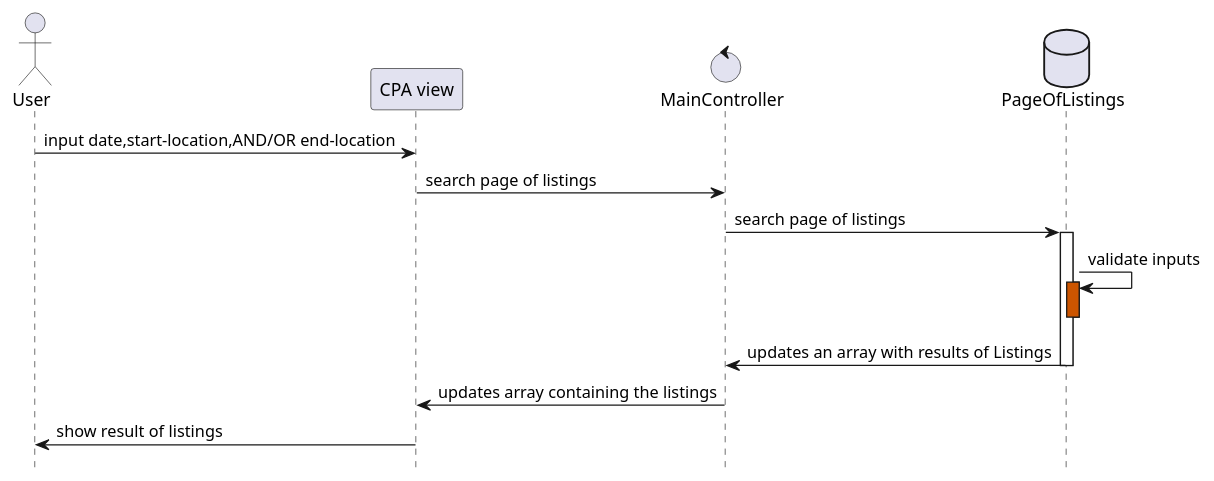
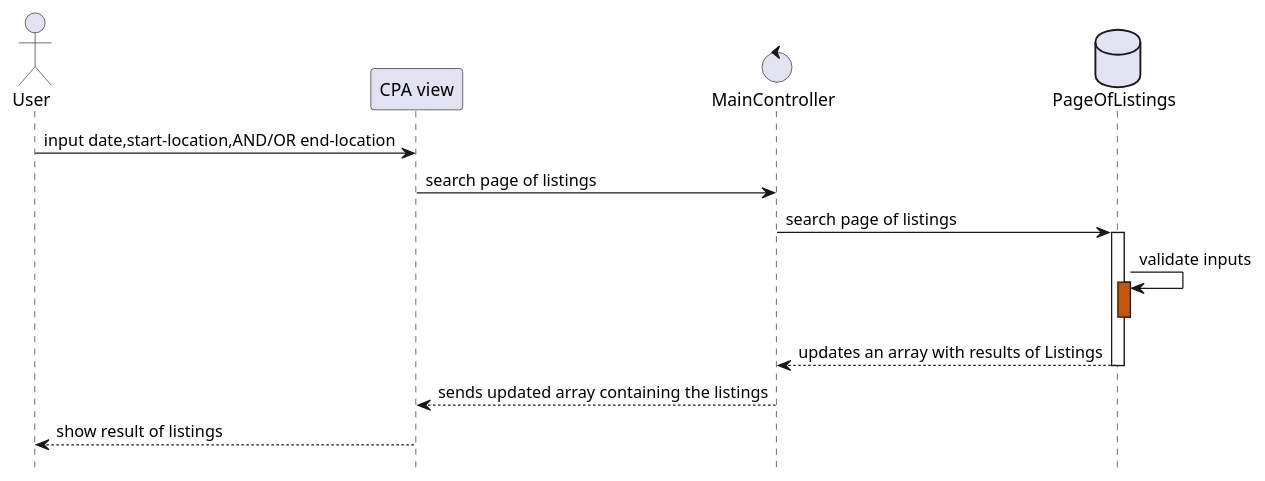
Before and after one commit to PriyaMulla/Carpool-Connect-VC: the fourth of 5 diagrams in doc/design.md, drawn with PlantUML. The commit also changed other lines of this file, not shown here.

Commit message:
Edited seq diagrams

````diff
--- a/doc/design.md
+++ b/doc/design.md
@@ -125,30 +125,30 @@
 ```plantuml
 @startuml
 hide footbox
 
 'ACTORS
 actor "User" as user
 participant "CPA view" as system
 control "MainController" as controller
 database "PageOfListings" as ldatabase
 
 'ACTIONS
 user -> system : input date,start-location,AND/OR end-location 
 system -> controller : search page of listings
 controller -> ldatabase : search page of listings
 
 
 activate ldatabase
 
 ldatabase -> ldatabase : validate inputs
 activate ldatabase #CC5500
 
 deactivate ldatabase
-ldatabase -> controller : updates an array with results of Listings
+ldatabase --> controller : updates an array with results of Listings
 deactivate ldatabase
 
-controller -> system : updates array containing the listings
-system -> user : show result of listings
+controller --> system : sends updated array containing the listings
+system --> user : show result of listings
 
 @enduml
 ```
````
